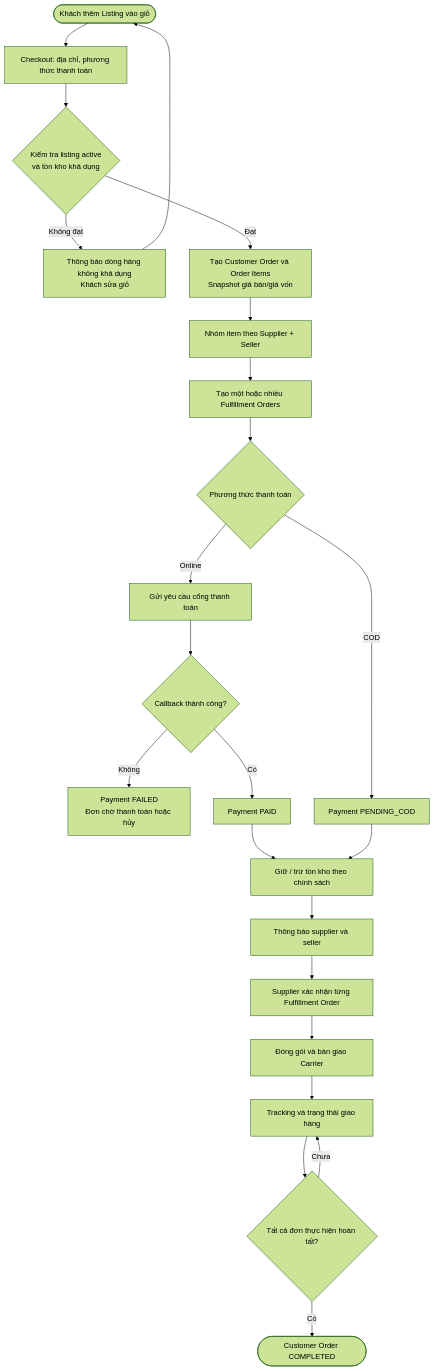
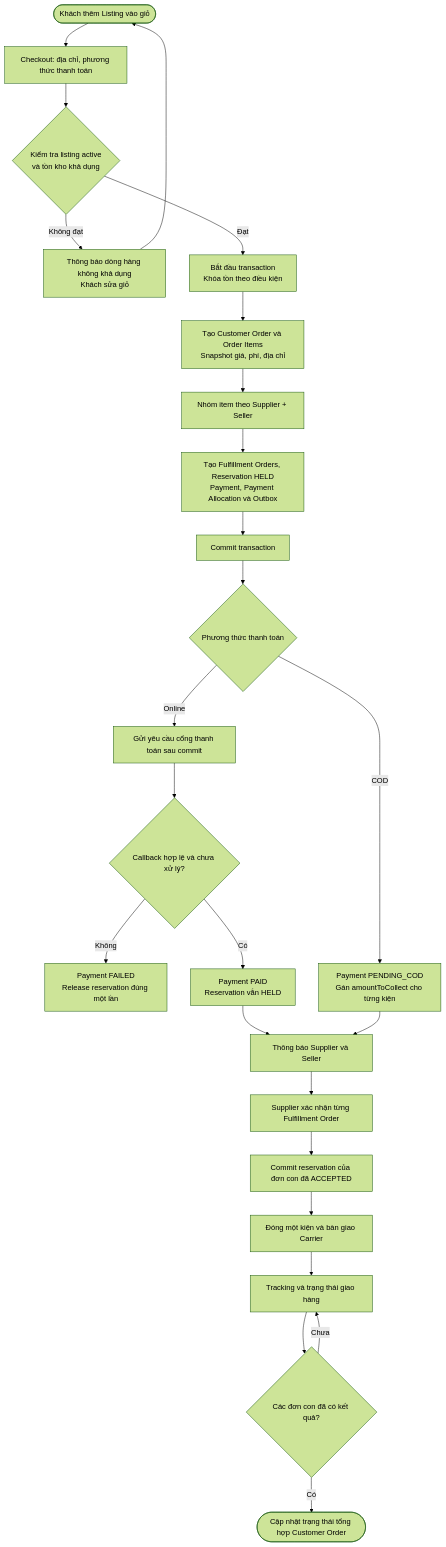
Before and after one commit to NguyenVoLyDo/Project-XD-and-PTPM: the diagram in docs/mermaid/03-checkout-fulfillment.mmd, drawn with Mermaid (forest theme). The commit also changed 69 other files, not shown here.

```diff
--- a/docs/mermaid/03-checkout-fulfillment.mmd
+++ b/docs/mermaid/03-checkout-fulfillment.mmd
@@ -1,23 +1,25 @@
 flowchart TD
   A([Khách thêm Listing vào giỏ]) --> B[Checkout: địa chỉ, phương thức thanh toán]
   B --> C{Kiểm tra listing active\nvà tồn kho khả dụng}
   C -- Không đạt --> D[Thông báo dòng hàng không khả dụng\nKhách sửa giỏ]
   D --> A
-  C -- Đạt --> E[Tạo Customer Order và Order Items\nSnapshot giá bán/giá vốn]
-  E --> F[Nhóm item theo Supplier + Seller]
-  F --> G[Tạo một hoặc nhiều Fulfillment Orders]
-  G --> H{Phương thức thanh toán}
-  H -- Online --> I[Gửi yêu cầu cổng thanh toán]
-  I --> J{Callback thành công?}
-  J -- Không --> K[Payment FAILED\nĐơn chờ thanh toán hoặc hủy]
-  J -- Có --> L[Payment PAID]
-  H -- COD --> M[Payment PENDING_COD]
-  L --> N[Giữ / trừ tồn kho theo chính sách]
-  M --> N
-  N --> O[Thông báo supplier và seller]
-  O --> P[Supplier xác nhận từng Fulfillment Order]
-  P --> Q[Đóng gói và bàn giao Carrier]
-  Q --> R[Tracking và trạng thái giao hàng]
-  R --> S{Tất cả đơn thực hiện hoàn tất?}
-  S -- Chưa --> R
-  S -- Có --> T([Customer Order COMPLETED])
+  C -- Đạt --> E[Bắt đầu transaction\nKhóa tồn theo điều kiện]
+  E --> F[Tạo Customer Order và Order Items\nSnapshot giá, phí, địa chỉ]
+  F --> G[Nhóm item theo Supplier + Seller]
+  G --> H[Tạo Fulfillment Orders, Reservation HELD\nPayment, Payment Allocation và Outbox]
+  H --> I[Commit transaction]
+  I --> J{Phương thức thanh toán}
+  J -- Online --> K[Gửi yêu cầu cổng thanh toán sau commit]
+  K --> L{Callback hợp lệ và chưa xử lý?}
+  L -- Không --> M[Payment FAILED\nRelease reservation đúng một lần]
+  L -- Có --> N[Payment PAID\nReservation vẫn HELD]
+  J -- COD --> O[Payment PENDING_COD\nGán amountToCollect cho từng kiện]
+  N --> P[Thông báo Supplier và Seller]
+  O --> P
+  P --> Q[Supplier xác nhận từng Fulfillment Order]
+  Q --> R[Commit reservation của đơn con đã ACCEPTED]
+  R --> S[Đóng một kiện và bàn giao Carrier]
+  S --> T[Tracking và trạng thái giao hàng]
+  T --> U{Các đơn con đã có kết quả?}
+  U -- Chưa --> T
+  U -- Có --> V([Cập nhật trạng thái tổng hợp Customer Order])
```
